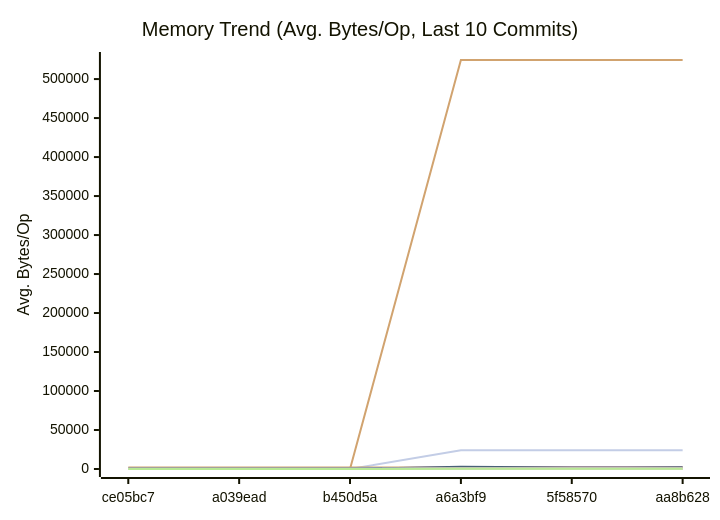
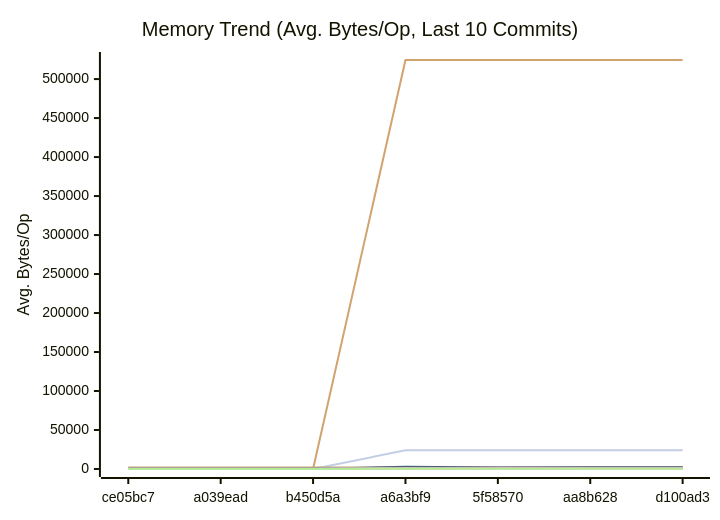
Before and after one commit to alsotoes/momo: the second of 3 diagrams in docs/PERFORMANCE.md, drawn with Mermaid. The commit also changed other lines of this file and 4 other files, not shown here.

````diff
--- a/docs/PERFORMANCE.md
+++ b/docs/PERFORMANCE.md
@@ -300,42 +300,42 @@
 ```mermaid
 xychart-beta
     title "Memory Trend (Avg. Bytes/Op, Last 10 Commits)"
     x-axis "Commit"
     y-axis "Avg. Bytes/Op"
-    x-axis [ce05bc7,a039ead,b450d5a,a6a3bf9,5f58570,aa8b628]
-    line "AWSChunkedReaderSigned" [136,134,143,153,142,131,130,147,131,152]
-    line "AWSChunkedReaderUnsigned" [155,142,153,162,145,130,120,153,135,147]
+    x-axis [ce05bc7,a039ead,b450d5a,a6a3bf9,5f58570,aa8b628,d100ad3]
+    line "AWSChunkedReaderSigned" [136,134,143,153,142,131,130,147,131,74]
+    line "AWSChunkedReaderUnsigned" [155,142,153,162,145,130,120,153,135,74]
     line "CheckMetricsAndSwap" [0,0,0,0,0,0,0,0,0,0]
     line "CrushOptimized" [0,0,0,0,0,0,0,0,0,0]
     line "CrushOriginal" [164,164,164,164,164,164,164,164,164,164]
-    line "FormatListObjectsV2XML_AppendFormat" [0,0,0,524440,524442,524457,524463,524446,524454,524440]
+    line "FormatListObjectsV2XML_AppendFormat" [0,0,0,524440,524442,524457,524463,524446,524454,524505]
     line "FormatListObjectsV2XML_OldFormat" [0,0,0,24000,24000,24000,24000,24000,24000,24000]
-    line "HashBytes/1MiB" [0,0,0,356,303,257,324,307,303,331]
-    line "HashBytes/256MiB" [0,0,0,301,330,286,242,249,275,346]
-    line "HashBytes/64MiB" [0,0,0,351,280,291,300,306,306,347]
-    line "HashFile/1MiB" [0,0,0,305,271,267,261,261,261,313]
-    line "HashFile/256MiB" [0,0,0,298,291,174,252,283,277,249]
-    line "HashFile/64MiB" [0,0,0,332,283,240,221,273,250,226]
+    line "HashBytes/1MiB" [0,0,0,356,303,257,324,307,303,180]
+    line "HashBytes/256MiB" [0,0,0,301,330,286,242,249,275,156]
+    line "HashBytes/64MiB" [0,0,0,351,280,291,300,306,306,169]
+    line "HashFile/1MiB" [0,0,0,305,271,267,261,261,261,152]
+    line "HashFile/256MiB" [0,0,0,298,291,174,252,283,277,161]
+    line "HashFile/64MiB" [0,0,0,332,283,240,221,273,250,155]
     line "IndexDirectTracking" [0,0,0,0,0,0,0,0,0,0]
     line "IndexSearch" [0,0,0,0,0,0,0,0,0,0]
     line "LoadGlobalConfig" [1848,1848,1848,1976,1976,1976,1976,1976,1976,1976]
-    line "LocalWrite/1MiB" [0,0,0,2714,1959,1683,2004,2716,1034,2116]
-    line "LocalWrite/256MiB" [0,0,0,2563,2177,2270,2223,2404,2222,2179]
-    line "LocalWrite/64MiB" [0,0,0,2789,1880,2221,2158,2776,2232,2353]
+    line "LocalWrite/1MiB" [0,0,0,2714,1959,1683,2004,2716,1034,1217]
+    line "LocalWrite/256MiB" [0,0,0,2563,2177,2270,2223,2404,2222,1422]
+    line "LocalWrite/64MiB" [0,0,0,2789,1880,2221,2158,2776,2232,1512]
     line "PadString" [64,64,64,64,64,64,64,64,64,64]
     line "ParseReplicationOrder_NoPrealloc" [408,408,408,408,408,248,248,248,248,248]
     line "ParseReplicationOrder_Prealloc" [240,240,240,240,240,80,80,80,80,80]
     line "Placement" [0,0,0,352,352,352,352,352,352,352]
     line "PlacementDomainSpread" [0,0,0,352,352,352,352,352,352,352]
-    line "ReadVerify/1MiB" [0,0,0,316,252,237,270,284,342,263]
-    line "ReadVerify/256MiB" [0,0,0,322,287,256,268,303,291,244]
-    line "ReadVerify/64MiB" [0,0,0,316,322,241,295,322,283,268]
-    line "S3PutSpool/1MiB" [0,0,0,287,281,227,254,264,205,287]
-    line "S3PutSpool/256MiB" [0,0,0,254,245,213,271,241,260,239]
-    line "S3PutSpool/64MiB" [0,0,0,222,269,234,286,234,263,217]
+    line "ReadVerify/1MiB" [0,0,0,316,252,237,270,284,342,157]
+    line "ReadVerify/256MiB" [0,0,0,322,287,256,268,303,291,160]
+    line "ReadVerify/64MiB" [0,0,0,316,322,241,295,322,283,141]
+    line "S3PutSpool/1MiB" [0,0,0,287,281,227,254,264,205,129]
+    line "S3PutSpool/256MiB" [0,0,0,254,245,213,271,241,260,133]
+    line "S3PutSpool/64MiB" [0,0,0,222,269,234,286,234,263,133]
     line "SanitizeLog/Safe" [0,0,0,0,0,0,0,0,0,0]
     line "SanitizeLog/Unsafe" [704,704,704,704,704,704,704,704,704,704]
-    line "TrustedRead/1MiB" [0,0,0,297,289,226,325,241,291,264]
-    line "TrustedRead/256MiB" [0,0,0,283,315,219,242,305,231,254]
-    line "TrustedRead/64MiB" [0,0,0,308,244,238,322,299,233,214]
+    line "TrustedRead/1MiB" [0,0,0,297,289,226,325,241,291,135]
+    line "TrustedRead/256MiB" [0,0,0,283,315,219,242,305,231,134]
+    line "TrustedRead/64MiB" [0,0,0,308,244,238,322,299,233,144]
 ```
````
